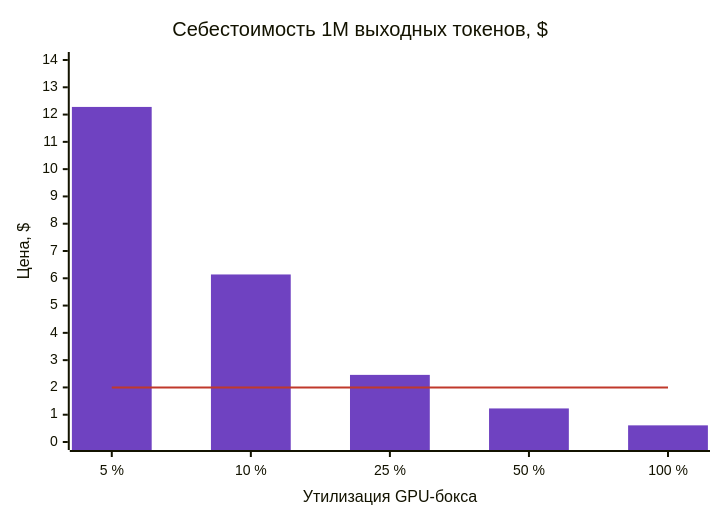
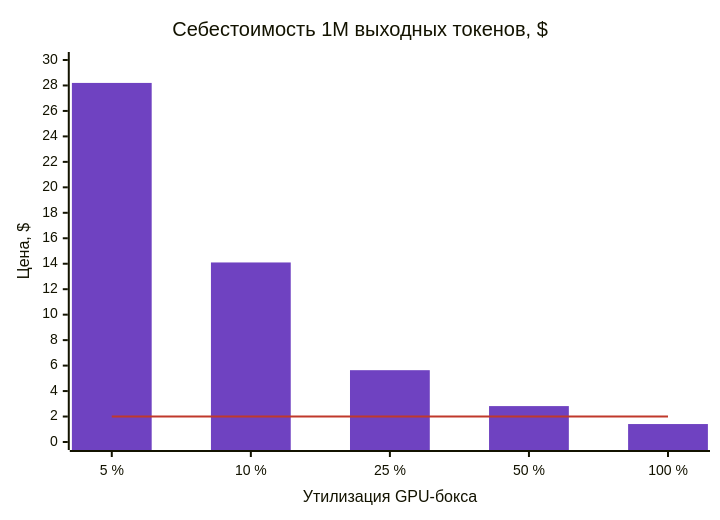
Diagram 16 of 16 in final-project/docs/presentation.md (ZubikIT/ai-architect), drawn with Mermaid before and after one commit. The commit also changed other lines of this file and 5 other files, not shown here.

````diff
--- a/final-project/docs/presentation.md
+++ b/final-project/docs/presentation.md
@@ -889,9 +889,9 @@
 ```mermaid
 %%{init: {"themeVariables": {"xyChart": {"plotColorPalette": "#6f42c1, #c0392b"}}}}%%
 xychart-beta
     title "Себестоимость 1M выходных токенов, $"
     x-axis "Утилизация GPU-бокса" ["5 %", "10 %", "25 %", "50 %", "100 %"]
-    y-axis "Цена, $" 0 --> 14
-    bar [12.28, 6.14, 2.46, 1.23, 0.61]
+    y-axis "Цена, $" 0 --> 30
+    bar [28.2, 14.1, 5.64, 2.82, 1.41]
     line [2, 2, 2, 2, 2]
 ```
````
